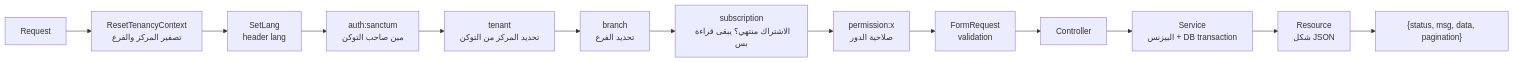
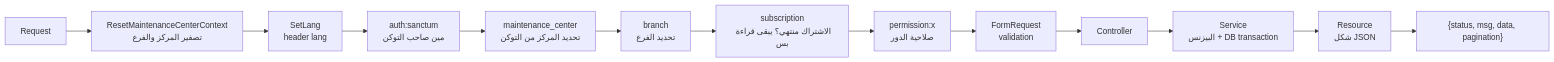
Before and after one commit to Zyad009/fix: the first of 3 diagrams in docs/PROJECT_OVERVIEW.md, drawn with Mermaid. The commit also changed other lines of this file and 115 other files, not shown here.

First line of the commit message:
refactor!: rename tenant to maintenance center

````diff
--- a/docs/PROJECT_OVERVIEW.md
+++ b/docs/PROJECT_OVERVIEW.md
@@ -104,15 +104,15 @@
 ```mermaid
 flowchart LR
-    A[Request] --> B[ResetTenancyContext<br/>تصفير المركز والفرع]
+    A[Request] --> B[ResetMaintenanceCenterContext<br/>تصفير المركز والفرع]
     B --> C[SetLang<br/>header lang]
     C --> D[auth:sanctum<br/>مين صاحب التوكن]
-    D --> E[tenant<br/>تحديد المركز من التوكن]
+    D --> E[maintenance_center<br/>تحديد المركز من التوكن]
     E --> F[branch<br/>تحديد الفرع]
     F --> G[subscription<br/>الاشتراك منتهي؟ يبقى قراءة بس]
     G --> H[permission:x<br/>صلاحية الدور]
     H --> I[FormRequest<br/>validation]
     I --> J[Controller]
     J --> K[Service<br/>البيزنس + DB transaction]
     K --> L[Resource<br/>شكل JSON]
     L --> M["{status, msg, data, pagination}"]
 ```
````
